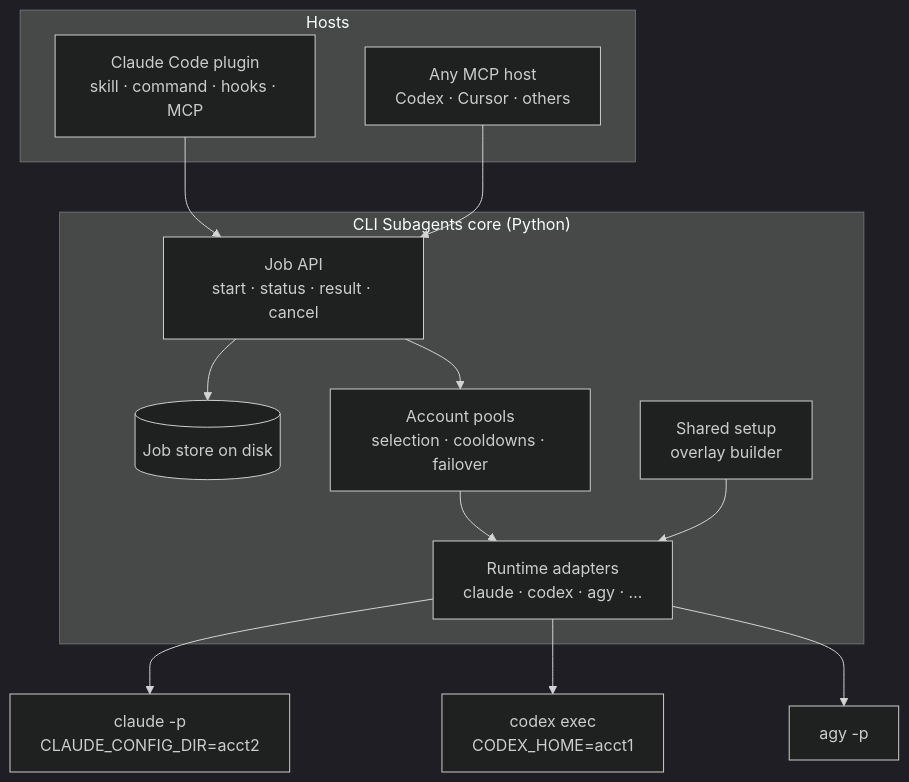
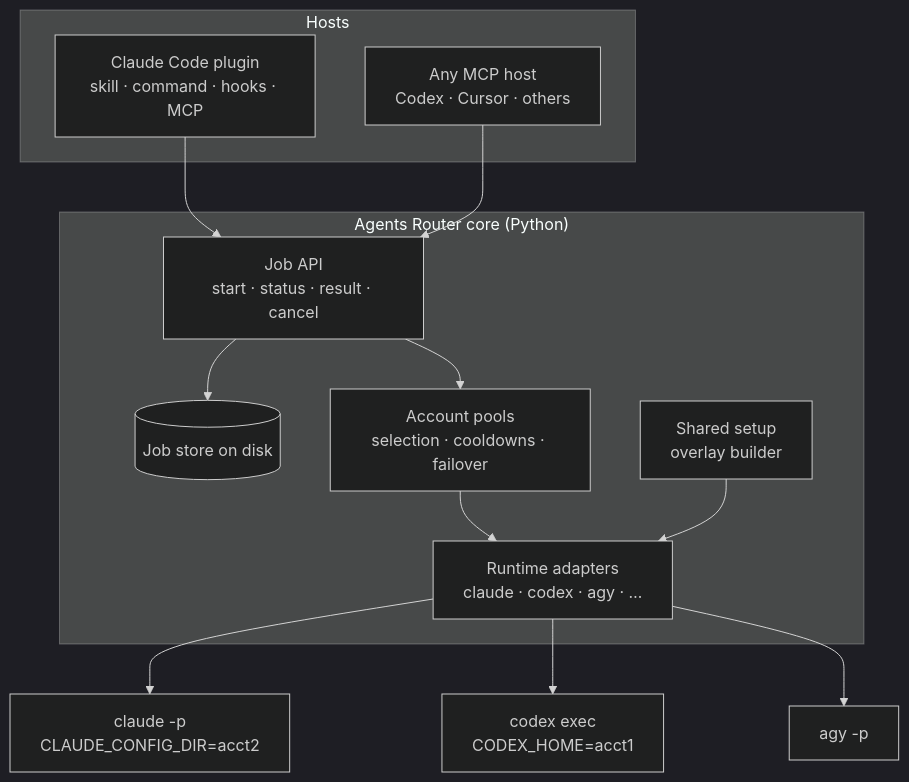
Before and after one commit to Watcharagorn/agents-router: the diagram in docs/design.md, drawn with Mermaid (dark theme). The commit also changed other lines of this file and 179 other files, not shown here.

First line of the commit message:
Rename to Agents Router, command agt (0.3.0)

````diff
--- a/docs/design.md
+++ b/docs/design.md
@@ -29,22 +29,22 @@
 ```mermaid
 flowchart TB
     subgraph hosts["Hosts"]
         cc["Claude Code plugin<br/>skill · command · hooks · MCP"]
         mcp["Any MCP host<br/>Codex · Cursor · others"]
     end
-    subgraph core["CLI Subagents core (Python)"]
+    subgraph core["Agents Router core (Python)"]
         api["Job API<br/>start · status · result · cancel"]
         store[("Job store on disk")]
         pool["Account pools<br/>selection · cooldowns · failover"]
         overlay["Shared setup<br/>overlay builder"]
         adapters["Runtime adapters<br/>claude · codex · agy · …"]
     end
     cc --> api
     mcp --> api
     api --> store
     api --> pool --> adapters
     overlay --> adapters
     adapters --> w1["claude -p<br/>CLAUDE_CONFIG_DIR=acct2"]
     adapters --> w2["codex exec<br/>CODEX_HOME=acct1"]
     adapters --> w3["agy -p"]
 ```
````
